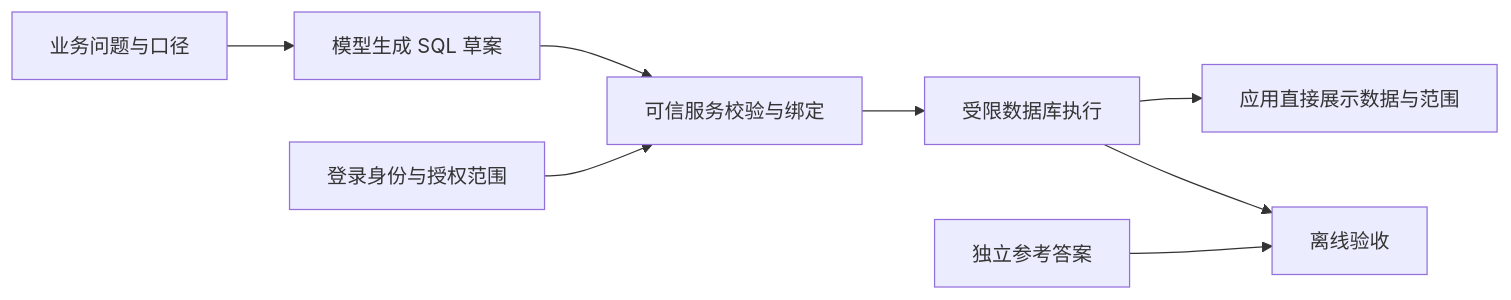
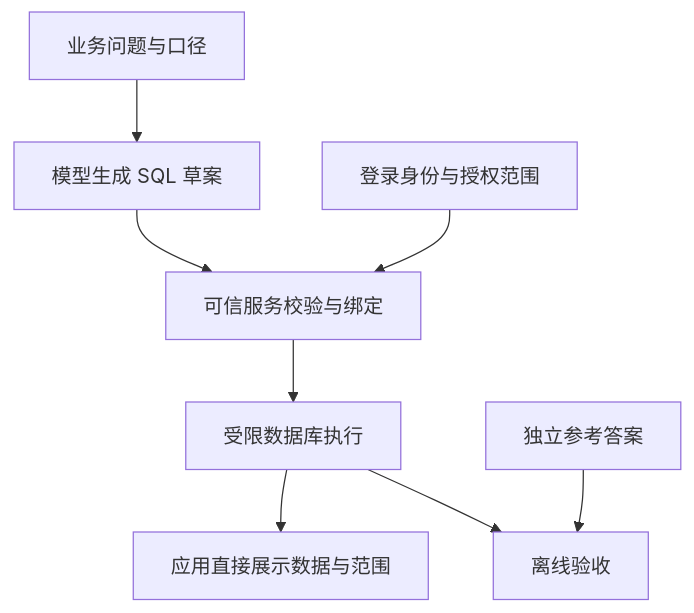
Before and after one commit to oneleaveknowsthefall/awesome-ai-roadmap: the diagram in docs/rag/07-structured-queries/22-text-to-sql.md, drawn with Mermaid. The commit also changed 1 other file, not shown here.

Commit message:
Keep training and SQL diagrams readable at article width

````diff
--- a/docs/rag/07-structured-queries/22-text-to-sql.md
+++ b/docs/rag/07-structured-queries/22-text-to-sql.md
@@ -118,10 +118,10 @@
 ```mermaid
-flowchart LR
+flowchart TD
     A[业务问题与口径] --> B[模型生成 SQL 草案]
     B --> C[可信服务校验与绑定]
     I[登录身份与授权范围] --> C
     C --> D[受限数据库执行]
     D --> E[应用直接展示数据与范围]
     F[独立参考答案] --> G[离线验收]
     D --> G
 ```
````
